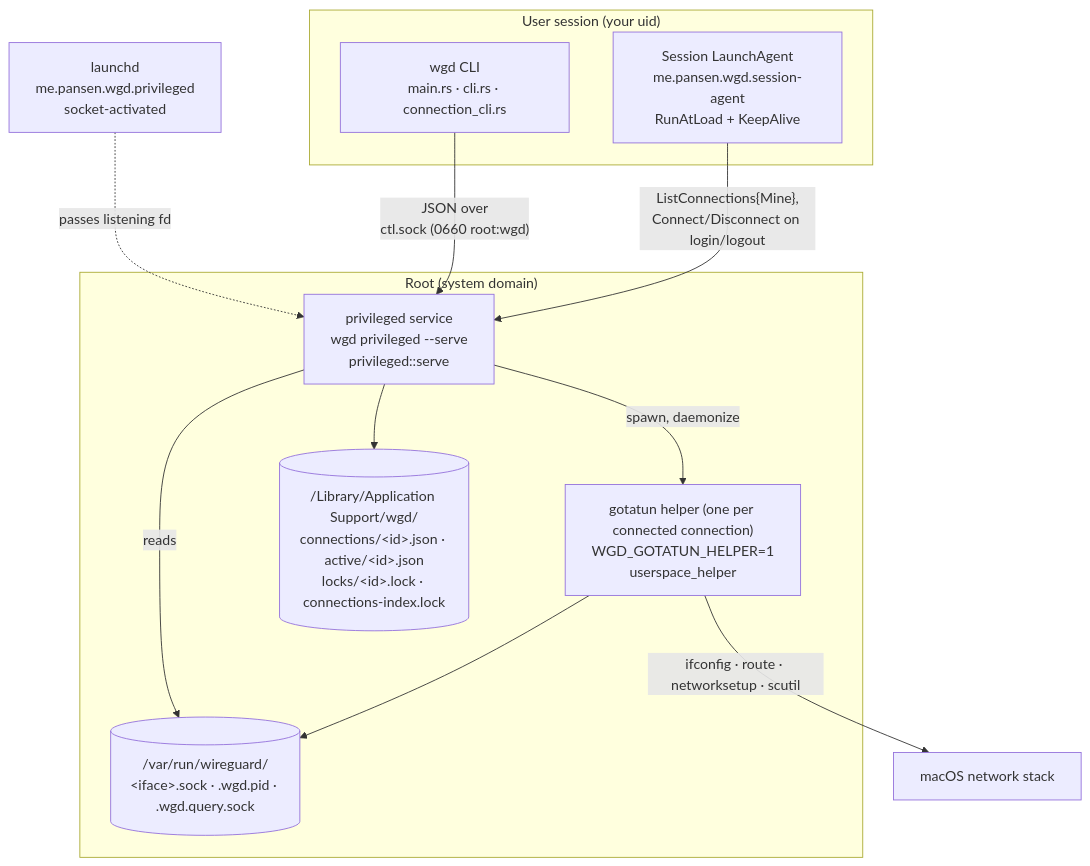
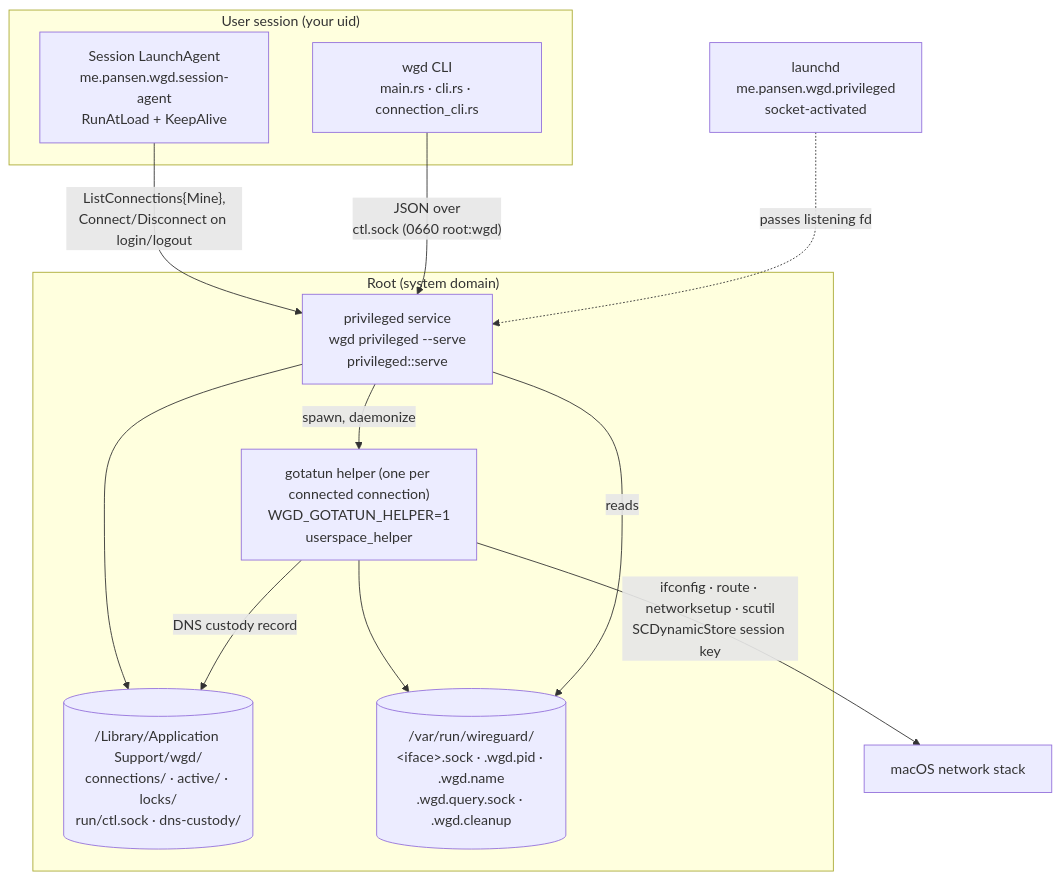
One commit to pansen/macos-wireguard-daemon changed the first of 11 diagrams in doc/architecture.md. Above: the diagram before and after it, drawn with Mermaid. The commit also changed other lines of this file and 4 other files, not shown here.

````diff
--- a/doc/architecture.md
+++ b/doc/architecture.md
@@ -23,25 +22,26 @@
 ```mermaid
 flowchart TB
     subgraph user["User session (your uid)"]
         CLI["wgd CLI<br/>main.rs · cli.rs · connection_cli.rs"]
         AGENT["Session LaunchAgent<br/>me.pansen.wgd.session-agent<br/>RunAtLoad + KeepAlive"]
     end
 
     subgraph root["Root (system domain)"]
         DAEMON["privileged service<br/>wgd privileged --serve<br/>privileged::serve"]
         HELPER["gotatun helper (one per connected connection)<br/>WGD_GOTATUN_HELPER=1<br/>userspace_helper"]
-        STORE[("/Library/Application Support/wgd/<br/>connections/&lt;id&gt;.json · active/&lt;id&gt;.json<br/>locks/&lt;id&gt;.lock · connections-index.lock")]
-        RUN[("/var/run/wireguard/<br/>&lt;iface&gt;.sock · .wgd.pid · .wgd.query.sock")]
+        STORE[("/Library/Application Support/wgd/<br/>connections/ · active/ · locks/<br/>run/ctl.sock · dns-custody/")]
+        RUN[("/var/run/wireguard/<br/>&lt;iface&gt;.sock · .wgd.pid · .wgd.name<br/>.wgd.query.sock · .wgd.cleanup")]
     end
 
     LD["launchd<br/>me.pansen.wgd.privileged<br/>socket-activated"]
 
     AGENT -->|"ListConnections{Mine},<br/>Connect/Disconnect on login/logout"| DAEMON
     CLI -->|"JSON over<br/>ctl.sock (0660 root:wgd)"| DAEMON
     LD -.->|"passes listening fd"| DAEMON
     DAEMON -->|"spawn, daemonize"| HELPER
     DAEMON --> STORE
     HELPER --> RUN
     DAEMON -->|"reads"| RUN
-    HELPER -->|"ifconfig · route · networksetup · scutil"| SYS["macOS network stack"]
+    HELPER -->|"ifconfig · route · networksetup · scutil<br/>SCDynamicStore session key"| SYS["macOS network stack"]
+    HELPER -->|"DNS custody record"| STORE
 ```
````
